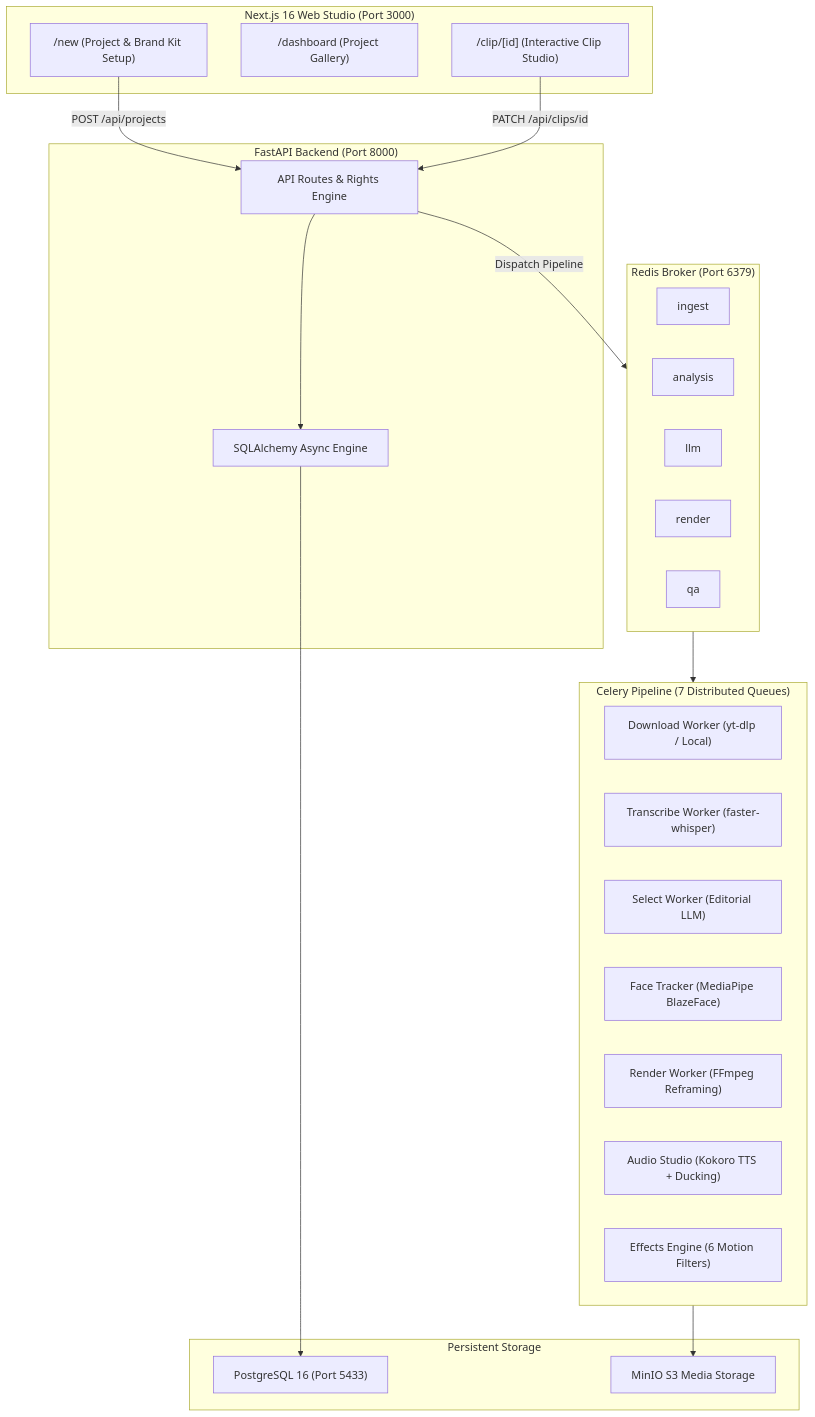
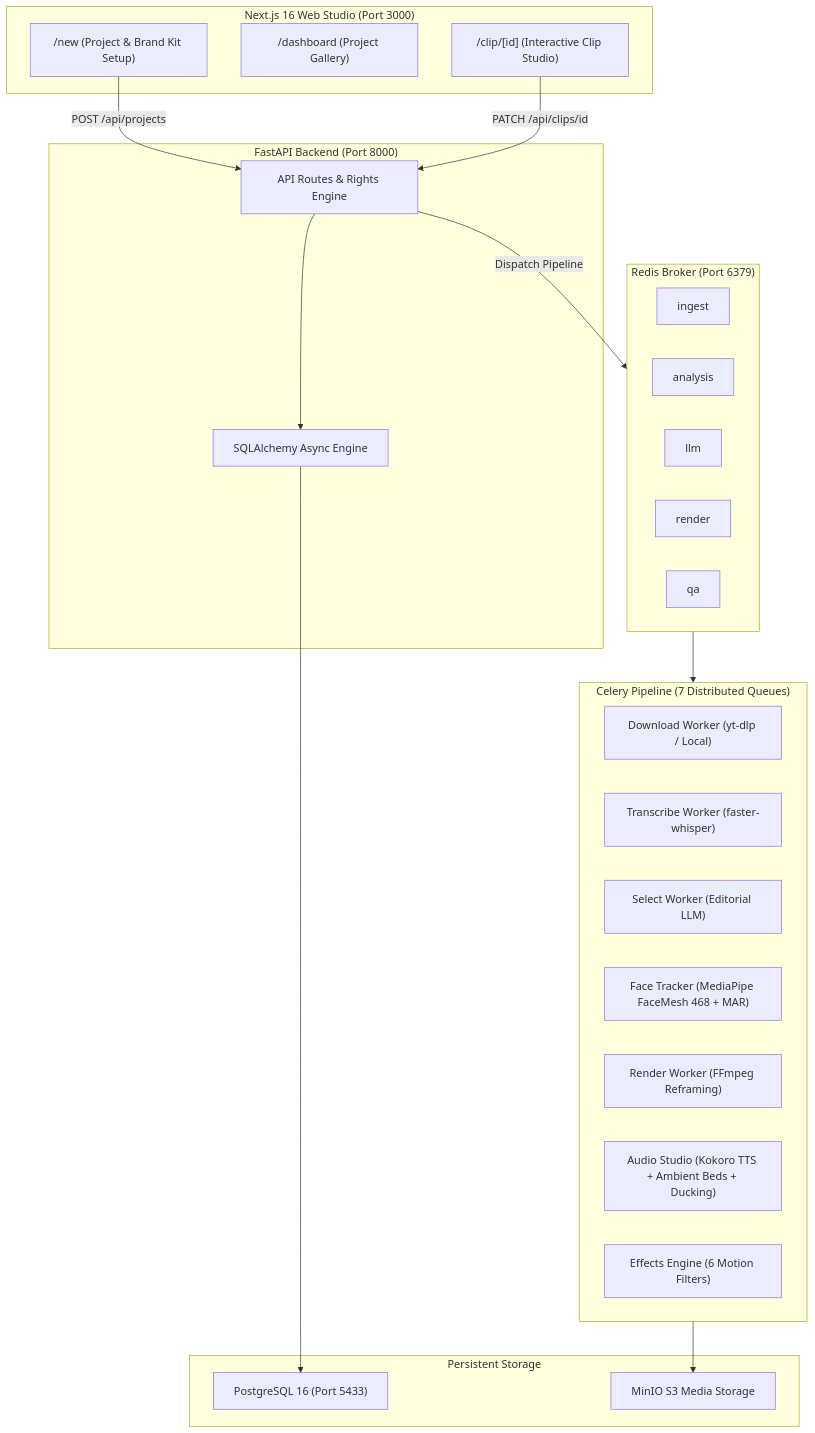
One commit to ZAiRO26/YT-Clip changed the diagram in README.md. Above: the diagram before and after it, drawn with Mermaid. The commit also changed other lines of this file and 3 other files, not shown here.

````diff
--- a/README.md
+++ b/README.md
@@ -127,43 +131,43 @@
 ```mermaid
 flowchart TD
     subgraph Client ["Next.js 16 Web Studio (Port 3000)"]
         UI_New["/new (Project & Brand Kit Setup)"]
         UI_Dash["/dashboard (Project Gallery)"]
         UI_Editor["/clip/[id] (Interactive Clip Studio)"]
     end
 
     subgraph API ["FastAPI Backend (Port 8000)"]
         Routes["API Routes & Rights Engine"]
         DB_Async["SQLAlchemy Async Engine"]
     end
 
     subgraph Queue ["Redis Broker (Port 6379)"]
         Q1["ingest"]
         Q2["analysis"]
         Q3["llm"]
         Q4["render"]
         Q5["qa"]
     end
 
     subgraph Workers ["Celery Pipeline (7 Distributed Queues)"]
         W_DL["Download Worker (yt-dlp / Local)"]
         W_TR["Transcribe Worker (faster-whisper)"]
         W_SL["Select Worker (Editorial LLM)"]
-        W_FT["Face Tracker (MediaPipe BlazeFace)"]
+        W_FT["Face Tracker (MediaPipe FaceMesh 468 + MAR)"]
         W_RN["Render Worker (FFmpeg Reframing)"]
-        W_AU["Audio Studio (Kokoro TTS + Ducking)"]
+        W_AU["Audio Studio (Kokoro TTS + Ambient Beds + Ducking)"]
         W_FX["Effects Engine (6 Motion Filters)"]
     end
 
     subgraph Storage ["Persistent Storage"]
         PG["PostgreSQL 16 (Port 5433)"]
         MinIO["MinIO S3 Media Storage"]
     end
 
     UI_New -->|POST /api/projects| Routes
     Routes --> DB_Async --> PG
     Routes -->|Dispatch Pipeline| Queue
     Queue --> Workers
     Workers --> MinIO
     UI_Editor -->|PATCH /api/clips/id| Routes
 ```
````
